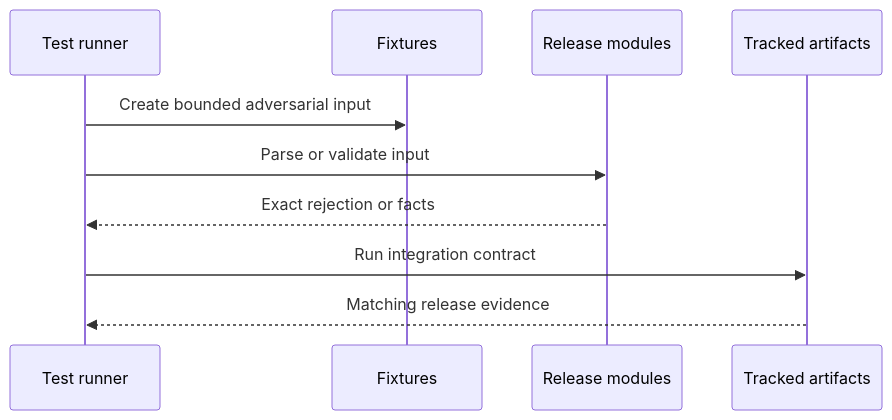
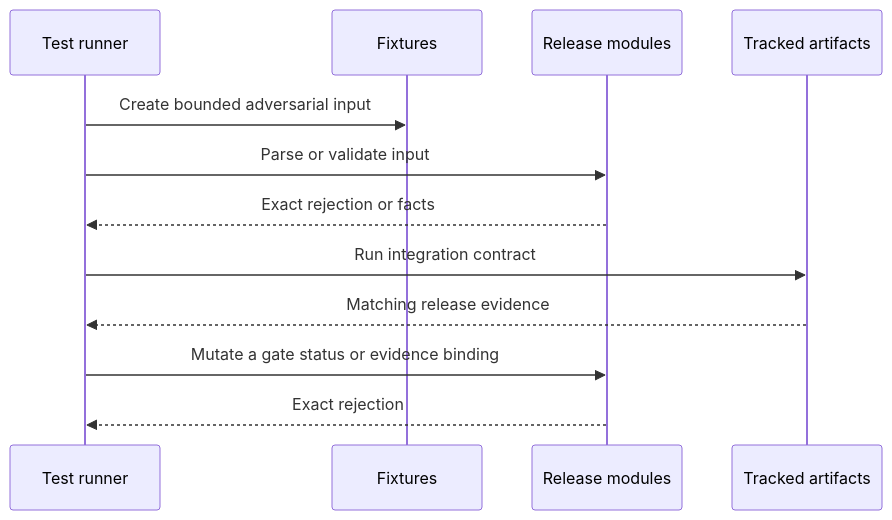
One commit to streamentry/streamentry changed the third of 5 diagrams in tests/AGENTS.md. Above: the diagram before and after it, drawn with Mermaid. The commit also changed other lines of this file and 32 other files, not shown here.

````diff
--- a/tests/AGENTS.md
+++ b/tests/AGENTS.md
@@ -45,12 +48,14 @@
 ```mermaid
 sequenceDiagram
   participant T as Test runner
   participant F as Fixtures
   participant M as Release modules
   participant A as Tracked artifacts
   T->>F: Create bounded adversarial input
   T->>M: Parse or validate input
   M-->>T: Exact rejection or facts
   T->>A: Run integration contract
   A-->>T: Matching release evidence
+  T->>M: Mutate a gate status or evidence binding
+  M-->>T: Exact rejection
 ```
````
